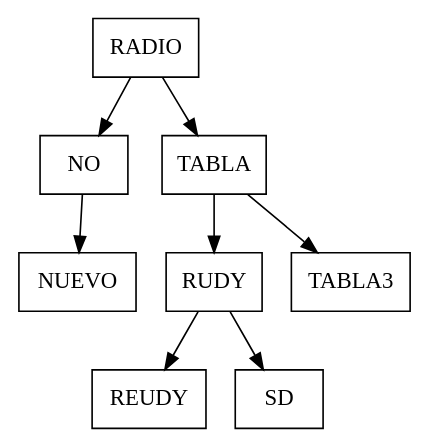
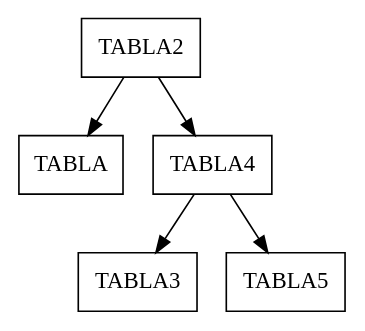
Before and after one commit to AaronGMG2000/Vacaciones_Diciembre_ProyectoEDD: the diagram in DATABASE1.dot, drawn with Graphviz. The commit also changed 9 other files, not shown here.

```diff
--- a/DATABASE1.dot
+++ b/DATABASE1.dot
@@ -1,19 +1,13 @@
 digraph dibujo{
 graph [ordering="out"];rankdir=TB;
 node [shape = box];
-NodoRADIO [label = "RADIO"];
-NodoNO [label = "NO"];
-NodoNUEVO [label = "NUEVO"];
+NodoTABLA2 [label = "TABLA2"];
 NodoTABLA [label = "TABLA"];
-NodoRUDY [label = "RUDY"];
-NodoREUDY [label = "REUDY"];
-NodoSD [label = "SD"];
+NodoTABLA4 [label = "TABLA4"];
 NodoTABLA3 [label = "TABLA3"];
-NodoRADIO->NodoNO;
-NodoRADIO->NodoTABLA;
-NodoNO->NodoNUEVO;
-NodoTABLA->NodoRUDY;
-NodoTABLA->NodoTABLA3;
-NodoRUDY->NodoREUDY;
-NodoRUDY->NodoSD;
+NodoTABLA5 [label = "TABLA5"];
+NodoTABLA2->NodoTABLA;
+NodoTABLA2->NodoTABLA4;
+NodoTABLA4->NodoTABLA3;
+NodoTABLA4->NodoTABLA5;
 }
```
